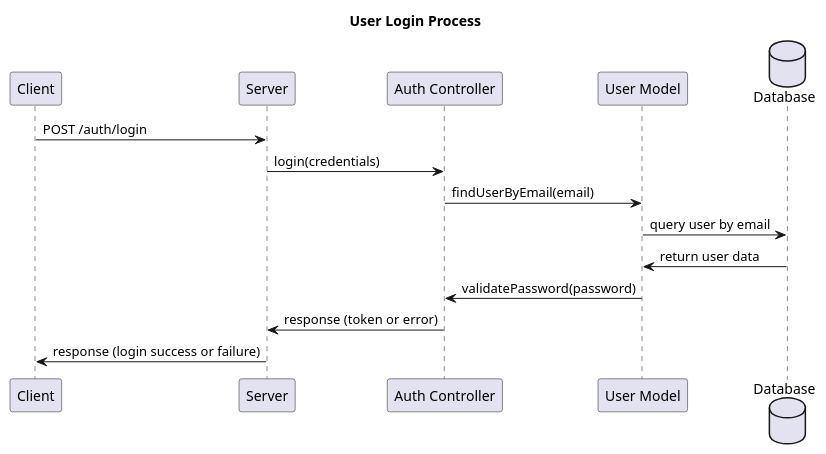
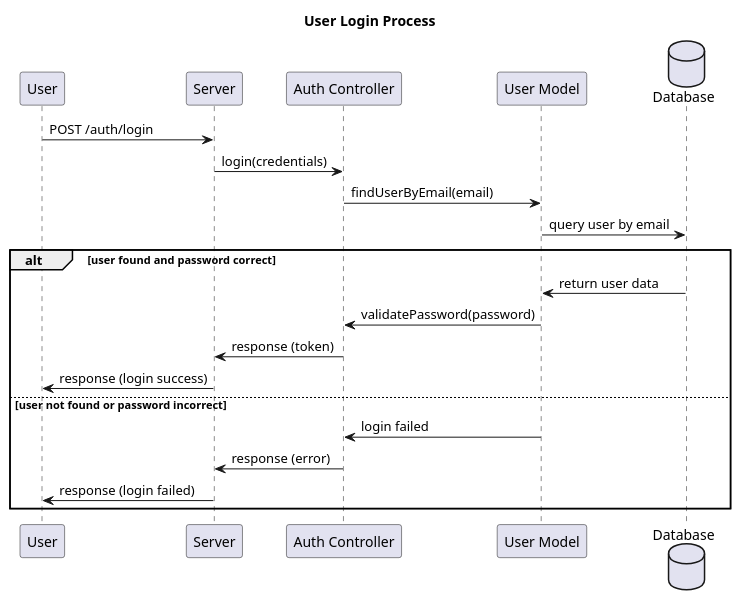
Before and after one commit to tanawinvisa/co-working-space-web-app: the diagram in PlantUML/SequenceDiagram/UserLogin.puml, drawn with PlantUML. The commit also changed 14 other files, not shown here.

Commit message:
diagrams

```diff
--- a/PlantUML/SequenceDiagram/UserLogin.puml
+++ b/PlantUML/SequenceDiagram/UserLogin.puml
@@ -1,20 +1,27 @@
 @startuml Co-Working Space User Login
 
 title User Login Process
 
-participant "Client" as client
+participant "User" as user
 participant "Server" as server
 participant "Auth Controller" as auth
 participant "User Model" as userModel
 database "Database" as db
 
-client -> server: POST /auth/login
+user -> server: POST /auth/login
 server -> auth: login(credentials)
 auth -> userModel: findUserByEmail(email)
 userModel -> db: query user by email
-db -> userModel: return user data
-userModel -> auth: validatePassword(password)
-auth -> server: response (token or error)
-server -> client: response (login success or failure)
+
+alt user found and password correct
+    db -> userModel: return user data
+    userModel -> auth: validatePassword(password)
+    auth -> server: response (token)
+    server -> user: response (login success)
+else user not found or password incorrect
+    userModel -> auth: login failed
+    auth -> server: response (error)
+    server -> user: response (login failed)
+end
 
 @enduml
```
